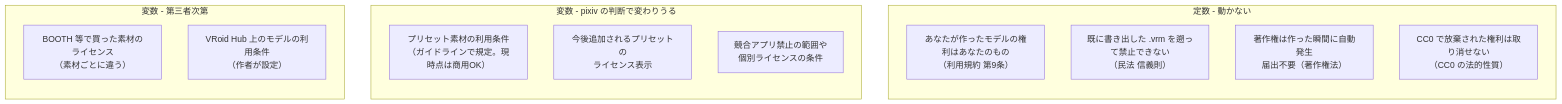
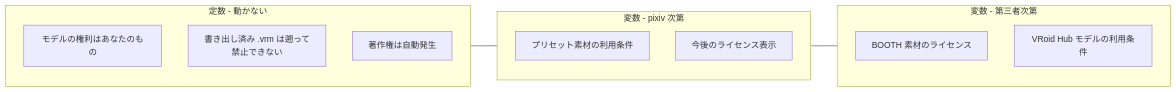
Before and after one commit to O6lvl4/O6lvl4-knowledge: the first of 7 diagrams in vault/vroid-studio-license.md, drawn with Mermaid.

Commit message:
Simplify constants/variables mermaid diagram to avoid horizontal overflow
Shorter labels, connect subgraphs linearly instead of TB layout

````diff
--- a/vault/vroid-studio-license.md
+++ b/vault/vroid-studio-license.md
@@ -10,23 +10,20 @@
 ```mermaid
-flowchart TB
+flowchart LR
     subgraph const["定数 - 動かない"]
-        direction TB
-        C1["あなたが作ったモデルの権利はあなたのもの<br/>（利用規約 第9条）"]
-        C2["既に書き出した .vrm を遡って禁止できない<br/>（民法 信義則）"]
-        C3["著作権は作った瞬間に自動発生<br/>届出不要（著作権法）"]
-        C4["CC0 で放棄された権利は取り消せない<br/>（CC0 の法的性質）"]
+        C1["モデルの権利はあなたのもの"]
+        C2["書き出し済み .vrm は遡って禁止できない"]
+        C3["著作権は自動発生"]
     end
 
-    subgraph var["変数 - pixiv の判断で変わりうる"]
-        direction TB
-        V1["プリセット素材の利用条件<br/>（ガイドラインで規定。現時点は商用OK）"]
-        V2["今後追加されるプリセットの<br/>ライセンス表示"]
-        V3["競合アプリ禁止の範囲や<br/>個別ライセンスの条件"]
+    subgraph var["変数 - pixiv 次第"]
+        V1["プリセット素材の利用条件"]
+        V2["今後のライセンス表示"]
     end
 
     subgraph third["変数 - 第三者次第"]
-        direction TB
-        T1["BOOTH 等で買った素材のライセンス<br/>（素材ごとに違う）"]
-        T2["VRoid Hub 上のモデルの利用条件<br/>（作者が設定）"]
+        T1["BOOTH 素材のライセンス"]
+        T2["VRoid Hub モデルの利用条件"]
     end
+
+    const --- var --- third
 ```
````
